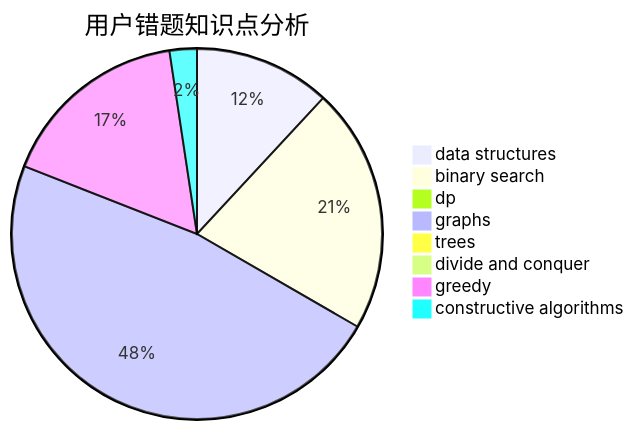
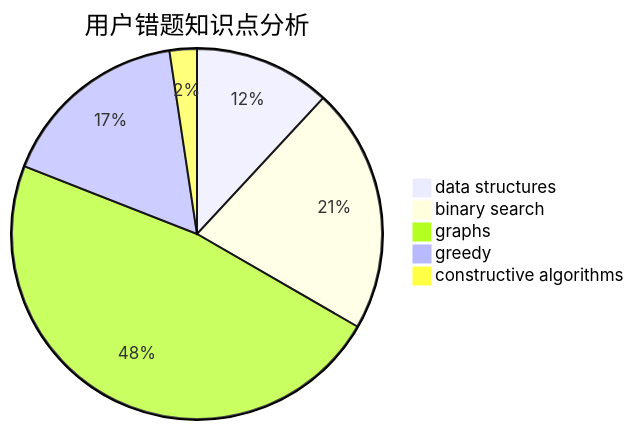
One commit to sherpahu/cfrs.github.io changed the third of 3 diagrams in docs/user/u408.md. Above: the diagram before and after it, drawn with Mermaid. The commit also changed other lines of this file and 2770 other files, not shown here.

````diff
--- a/docs/user/u408.md
+++ b/docs/user/u408.md
@@ -31,11 +28,8 @@
 ```mermaid
 pie title 用户错题知识点分析
     "data structures" :  5
     "binary search" :  9
-    "dp" :  0
     "graphs" :  20
-    "trees" :  0
-    "divide and conquer" :  0
     "greedy" :  7
     "constructive algorithms" :  1
 ```
````
